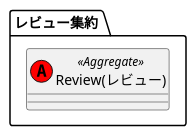
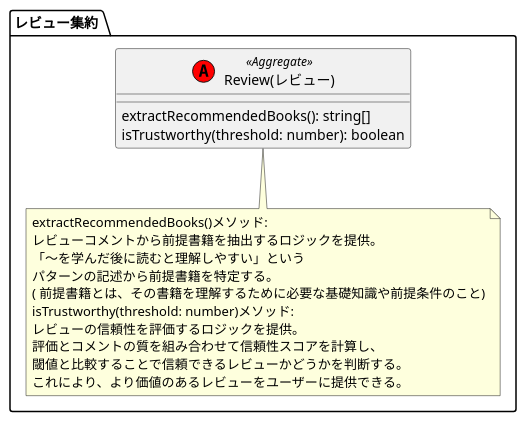
Before and after one commit to mendelssohnbach/CatalogService: the diagram in Domain/models/Review/Review.pu, drawn with PlantUML. The commit also changed 1 other file, not shown here.

Commit message:
P066 ビジネスルールの具体化

```diff
--- a/Domain/models/Review/Review.pu
+++ b/Domain/models/Review/Review.pu
@@ -1,5 +1,21 @@
 package "レビュー集約 " {
     ' 1. 集約とポリシーの表現
-        class "Review(レビュー)" as Review << (A,red) Aggregate >> {
-    }
+    class "Review(レビュー)" as Review << (A,red) Aggregate >> {
+        extractRecommendedBooks(): string[]
+        isTrustworthy(threshold: number): boolean
 }
+
+    ' 2. ビジネスルールの具体化
+    note bottom of Review
+        extractRecommendedBooks()メソッド:
+        レビューコメントから前提書籍を抽出するロジックを提供。
+        「〜を学んだ後に読むと理解しやすい」という
+        パターンの記述から前提書籍を特定する。
+        ( 前提書籍とは、その書籍を理解するために必要な基礎知識や前提条件のこと)
+        isTrustworthy(threshold: number)メソッド:
+        レビューの信頼性を評価するロジックを提供。
+        評価とコメントの質を組み合わせて信頼性スコアを計算し、
+        閾値と比較することで信頼できるレビューかどうかを判断する。
+        これにより、より価値のあるレビューをユーザーに提供できる。
+    end note
+}
```
